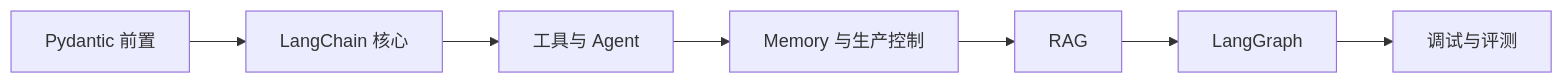
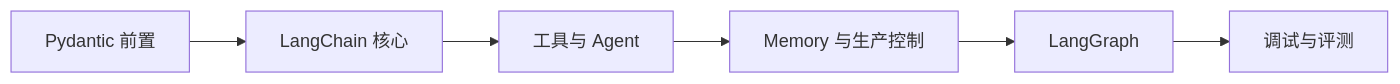
One commit to asfgas2fsd34t/agent-learning changed the diagram in notes/Agent开发实战/README.md. Above: the diagram before and after it, drawn with Mermaid. The commit also changed other lines of this file and 208 other files, not shown here.

````diff
--- a/notes/Agent开发实战/README.md
+++ b/notes/Agent开发实战/README.md
@@ -36,9 +36,8 @@
 ```mermaid
 flowchart LR
     A["Pydantic 前置"] --> B["LangChain 核心"]
     B --> C["工具与 Agent"]
     C --> D["Memory 与生产控制"]
-    D --> E["RAG"]
-    E --> F["LangGraph"]
-    F --> G["调试与评测"]
+D --> E["LangGraph"]
+E --> F["调试与评测"]
 ```
````
